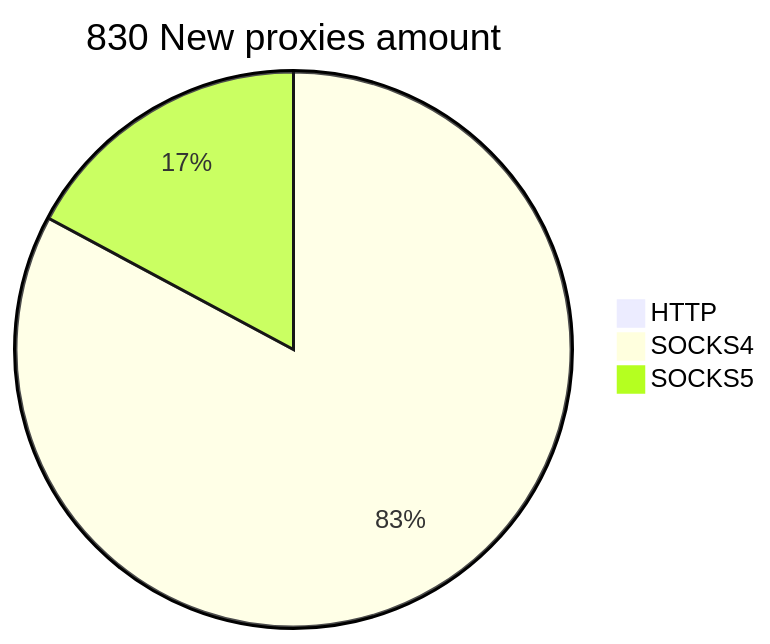
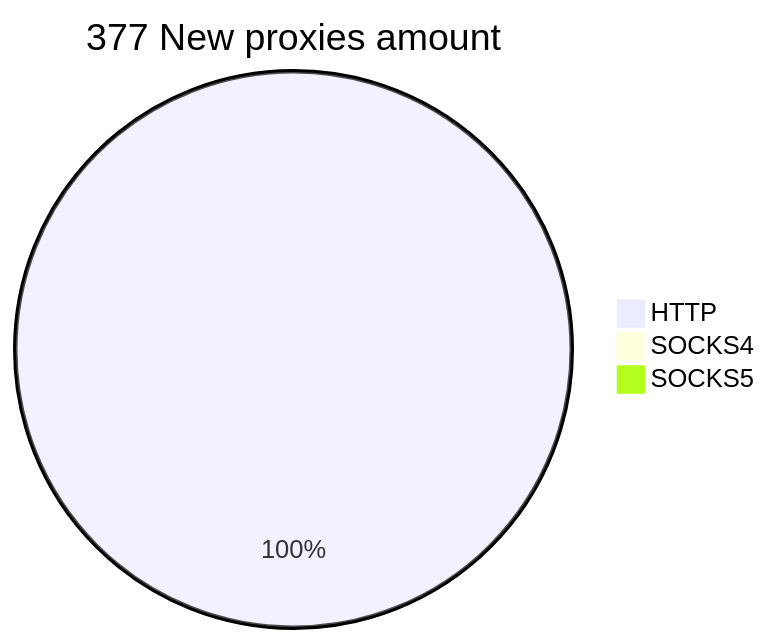
One commit to cutipu/proxylist changed the second of 2 diagrams in README.md. Above: the diagram before and after it, drawn with Mermaid. The commit also changed other lines of this file, not shown here.

````diff
--- a/README.md
+++ b/README.md
@@ -10,6 +10,6 @@
 ```mermaid
-pie title 830 New proxies amount
-    "HTTP" : 0
-    "SOCKS4" : 931
-    "SOCKS5" : 193
+pie title 377 New proxies amount
+    "HTTP" : 399
+    "SOCKS4" : 0
+    "SOCKS5" : 0
 ```
````
